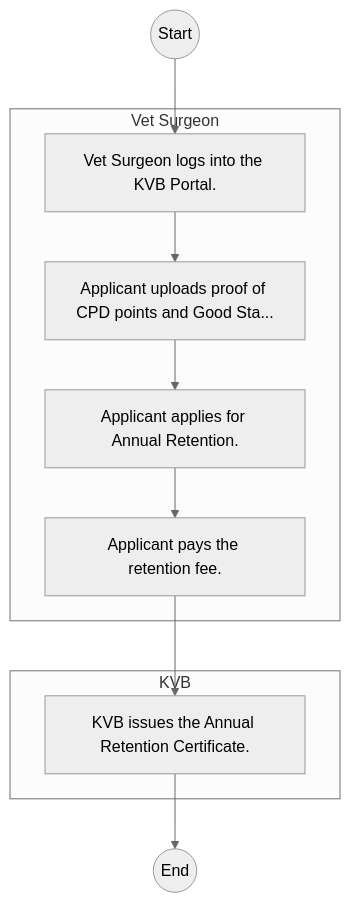
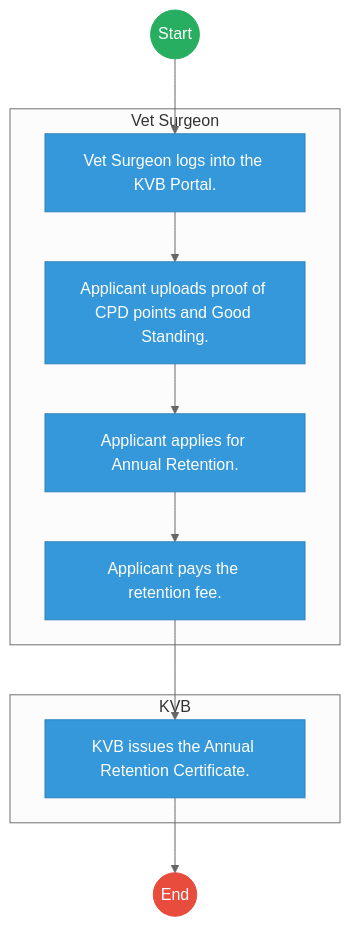
The first of 2 diagrams in mdas/docs_final/Kenya_Veterinary_Board___Service_Delivery.md (BITZ-IT-Consulting-LTD/ictapoc), drawn with Mermaid (neutral theme) before and after one commit. The commit also changed other lines of this file and 461 other files, not shown here.

````diff
--- a/mdas/docs_final/Kenya_Veterinary_Board___Service_Delivery.md
+++ b/mdas/docs_final/Kenya_Veterinary_Board___Service_Delivery.md
@@ -20,18 +20,29 @@
 ```mermaid
 graph TD
     Start((Start)) --> S1
-    subgraph VetSurgeon [Vet Surgeon]
+
+    subgraph Vet_Surgeon [Vet Surgeon]
         S1["Vet Surgeon logs into the KVB Portal."]
-        S2["Applicant uploads proof of CPD points and Good Sta..."]
+        S2["Applicant uploads proof of CPD points and Good Standing."]
         S3["Applicant applies for Annual Retention."]
         S4["Applicant pays the retention fee."]
     end
+
     subgraph KVB [KVB]
         S5["KVB issues the Annual Retention Certificate."]
     end
     S1 --> S2
     S2 --> S3
     S3 --> S4
     S4 --> S5
     S5 --> End((End))
+
+    classDef start fill:#27ae60,stroke:#27ae60,color:#fff;
+    classDef endNode fill:#e74c3c,stroke:#e74c3c,color:#fff;
+    classDef userTask fill:#3498db,stroke:#2980b9,color:#fff;
+    classDef serviceTask fill:#9b59b6,stroke:#8e44ad,color:#fff;
+
+    class Start start;
+    class End endNode;
+    class S1,S2,S3,S4,S5 userTask;
 ```
````
